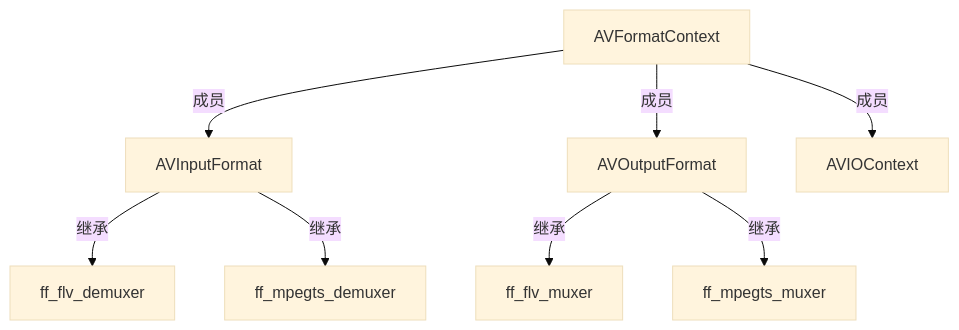
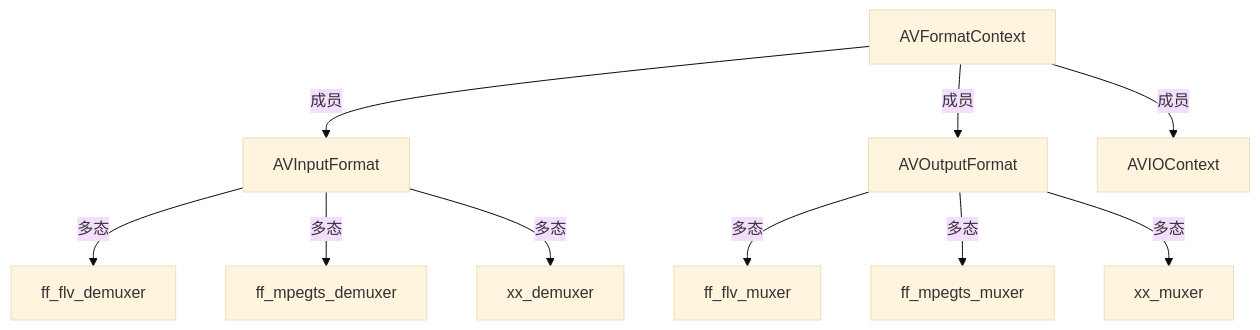
One commit to Wvvatt/learning_ffmpeg changed the diagram in doc/format_struct.md. Above: the diagram before and after it, drawn with Mermaid (base theme). The commit also changed other lines of this file, not shown here.

````diff
--- a/doc/format_struct.md
+++ b/doc/format_struct.md
@@ -5,10 +5,12 @@
 ```mermaid
 graph TB
     AVFormatContext --成员--> AVInputFormat
     AVFormatContext --成员--> AVOutputFormat
     AVFormatContext --成员--> AVIOContext
-    AVInputFormat --继承--> ff_flv_demuxer
-    AVInputFormat --继承--> ff_mpegts_demuxer
-    AVOutputFormat --继承--> ff_flv_muxer
-    AVOutputFormat --继承--> ff_mpegts_muxer
+    AVInputFormat --多态--> ff_flv_demuxer
+    AVInputFormat --多态--> ff_mpegts_demuxer
+    AVInputFormat --多态--> xx_demuxer
+    AVOutputFormat --多态--> ff_flv_muxer
+    AVOutputFormat --多态--> ff_mpegts_muxer
+    AVOutputFormat --多态--> xx_muxer
 ```
````
